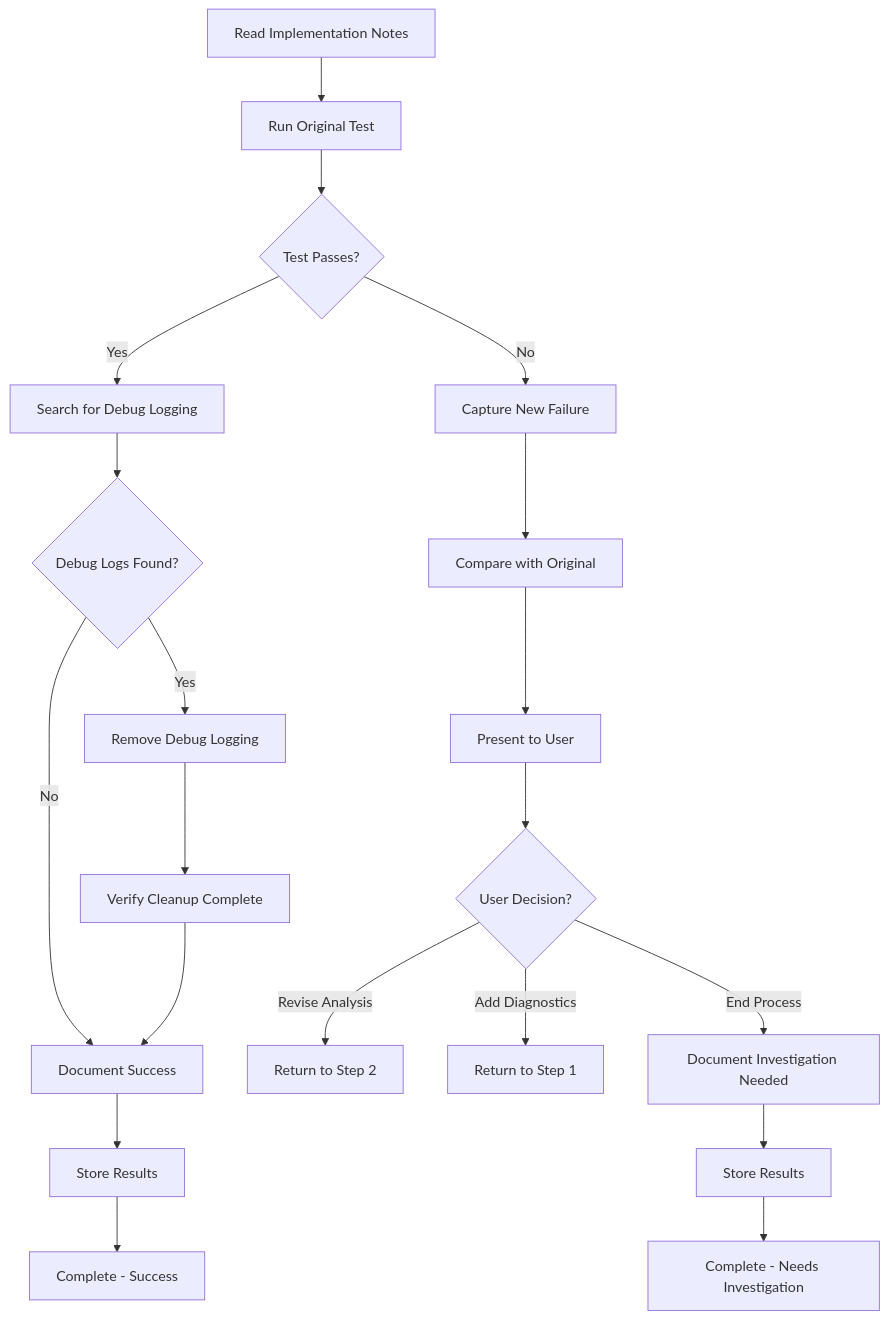
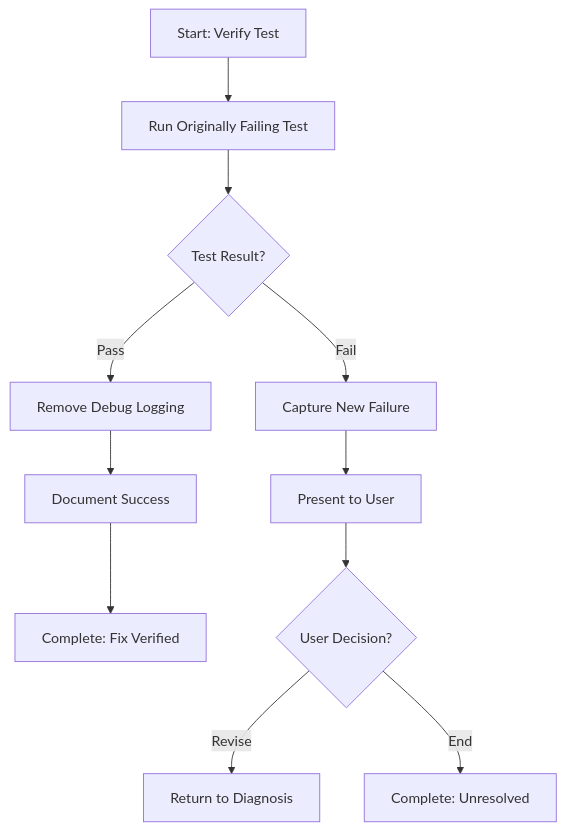
Before and after one commit to HMTools/agentic-processes: the diagram in .processes/steps/testing/verify-test-passes.md, drawn with Mermaid. The commit also changed other lines of this file and 73 other files, not shown here.

````diff
--- a/.processes/steps/testing/verify-test-passes.md
+++ b/.processes/steps/testing/verify-test-passes.md
@@ -91,22 +72,13 @@
 ```mermaid
-graph TD
-    A[Read Implementation Notes] --> B[Run Original Test]
-    B --> C{Test Passes?}
-    C -->|Yes| D[Search for Debug Logging]
-    D --> E{Debug Logs Found?}
-    E -->|Yes| F[Remove Debug Logging]
-    E -->|No| G[Document Success]
-    F --> H[Verify Cleanup Complete]
-    H --> G
-    G --> I[Store Results]
-    I --> J[Complete - Success]
-    C -->|No| K[Capture New Failure]
-    K --> L[Compare with Original]
-    L --> M[Present to User]
-    M --> N{User Decision?}
-    N -->|Revise Analysis| O[Return to Step 2]
-    N -->|Add Diagnostics| P[Return to Step 1]
-    N -->|End Process| Q[Document Investigation Needed]
-    Q --> R[Store Results]
-    R --> S[Complete - Needs Investigation]
+flowchart TD
+    A[Start: Verify Test] --> B[Run Originally Failing Test]
+    B --> C{Test Result?}
+    C -->|Pass| D[Remove Debug Logging]
+    D --> E[Document Success]
+    E --> F[Complete: Fix Verified]
+    C -->|Fail| G[Capture New Failure]
+    G --> H[Present to User]
+    H --> I{User Decision?}
+    I -->|Revise| J[Return to Diagnosis]
+    I -->|End| K[Complete: Unresolved]
 ```
````
